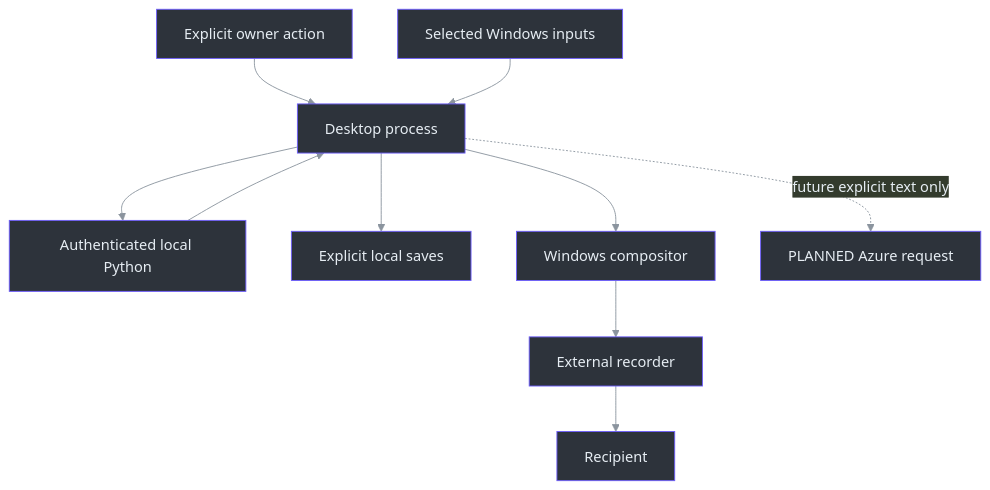
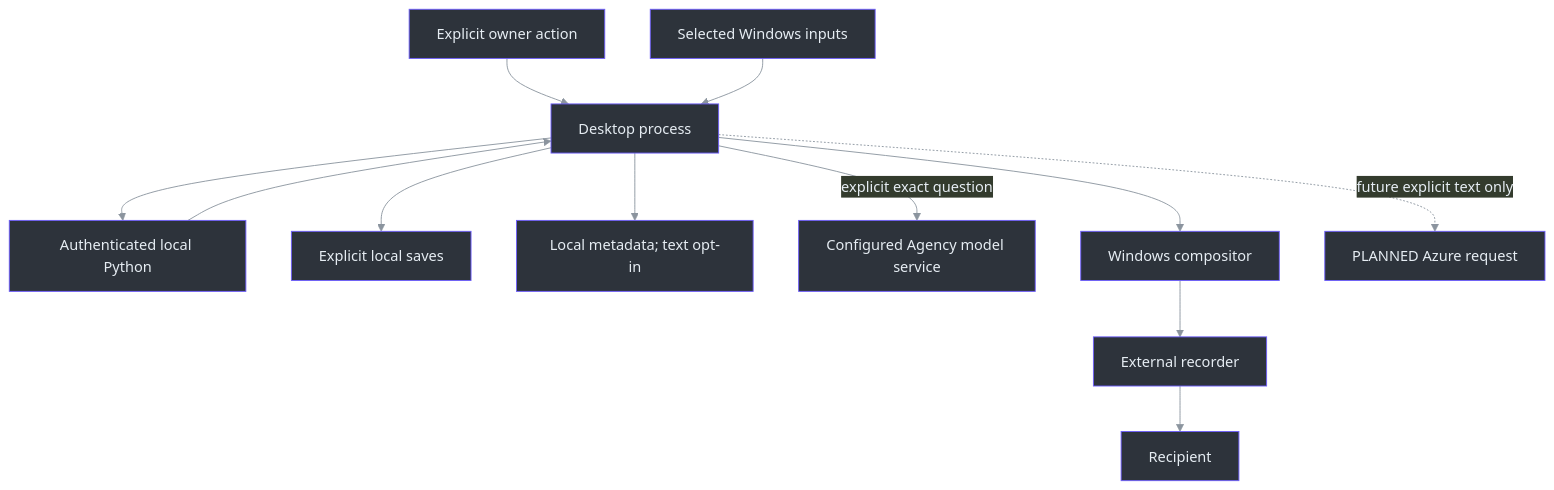
One commit to Zanark/phantom-fudge changed the first of 2 diagrams in docs/handbook/17-privacy-and-assurance.md. Above: the diagram before and after it, drawn with Mermaid. The commit also changed other lines of this file and 371 other files, not shown here.

````diff
--- a/docs/handbook/17-privacy-and-assurance.md
+++ b/docs/handbook/17-privacy-and-assurance.md
@@ -28,17 +28,19 @@
 ```mermaid
 ---
 config: {"theme":"base","themeVariables":{"primaryColor":"#2d333b","primaryBorderColor":"#6d5dfc","primaryTextColor":"#e6edf3","lineColor":"#8b949e","clusterBkg":"#161b22","clusterBorder":"#30363d"}}
 ---
 flowchart TB
     accTitle: Current and proposed data boundaries
     accDescr: Selected input remains between the desktop and authenticated local recognizer; local saves and proposed Azure egress require explicit actions.
     Owner["Explicit owner action"] --> App["Desktop process"]
     Devices["Selected Windows inputs"] --> App
     App --> Local["Authenticated local Python"]
     Local --> App
     App --> Files["Explicit local saves"]
+    App --> Logs["Local metadata; text opt-in"]
+    App -->|"explicit exact question"| Hosted["Configured Agency model service"]
     App --> Display["Windows compositor"]
     Display --> Recorder["External recorder"]
     Recorder --> Audience["Recipient"]
     App -. "future explicit text only" .-> Azure["PLANNED Azure request"]
 ```
````
